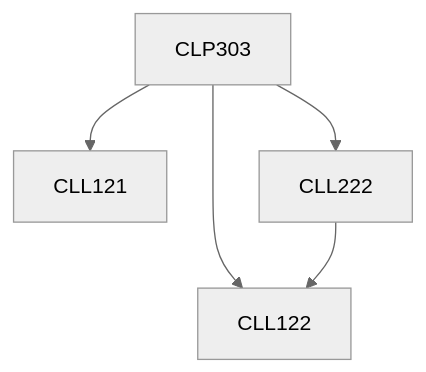
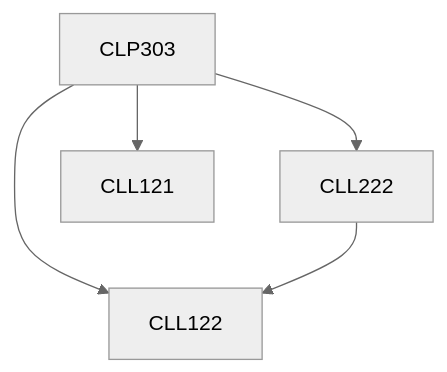
One commit to KeshavBansal0122/CoS_Website changed the diagram in content/Chemical Engineering/CLP303.md. Above: the diagram before and after it, drawn with Mermaid (neutral theme). The commit also changed other lines of this file and 2667 other files, not shown here.

````diff
--- a/content/Chemical Engineering/CLP303.md
+++ b/content/Chemical Engineering/CLP303.md
@@ -15,7 +13,11 @@
 ```mermaid
-graph TD
-CLP303 --> CLL121
-CLP303 --> CLL122
-CLP303 --> CLL222
-CLL222 --> CLL122
+flowchart TD
+CLP303-170[CLP303]
+CLP303-170 --> CLL222-170[CLL222]
+CLP303-170 --> CLL121-170[CLL121]
+CLP303-170 --> CLL122-170[CLL122]
+CLL222-170 --> CLL122-170[CLL122]
+
+classDef empty height:17px, fill:transparent, stroke:transparent;
+classDef trueEmpty height:0px, width:0px;
 ```
````
